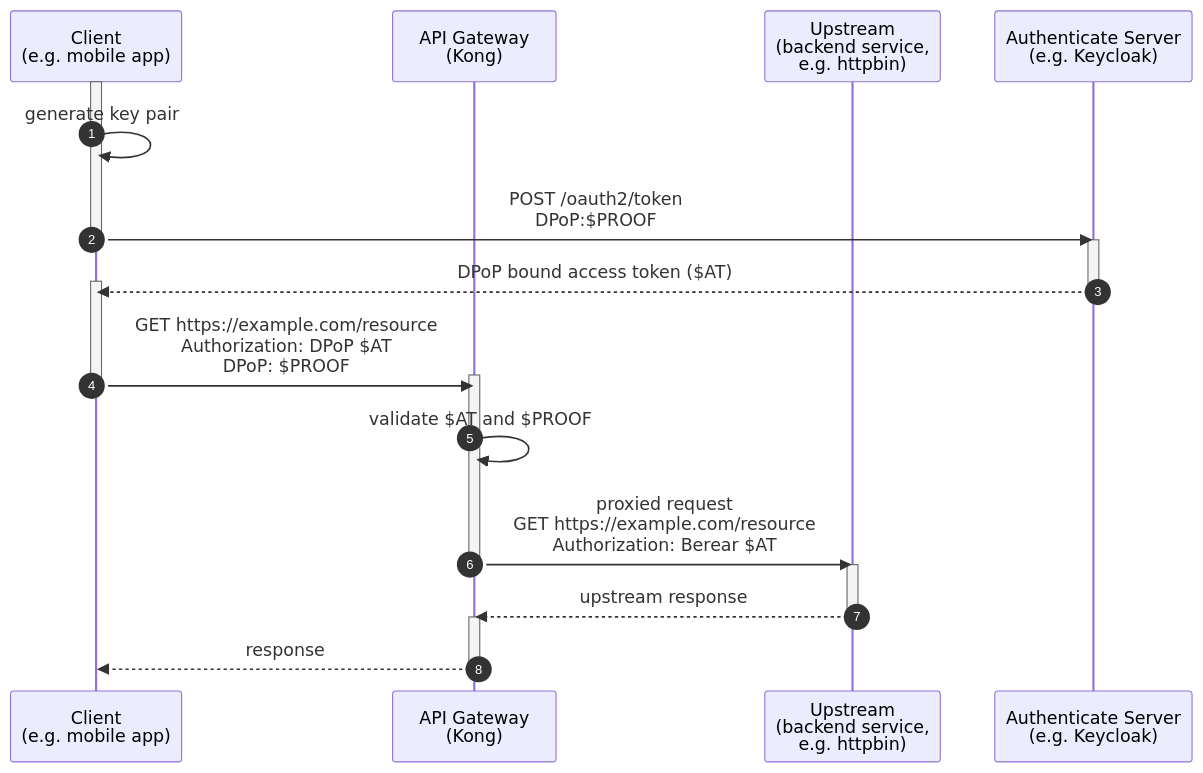
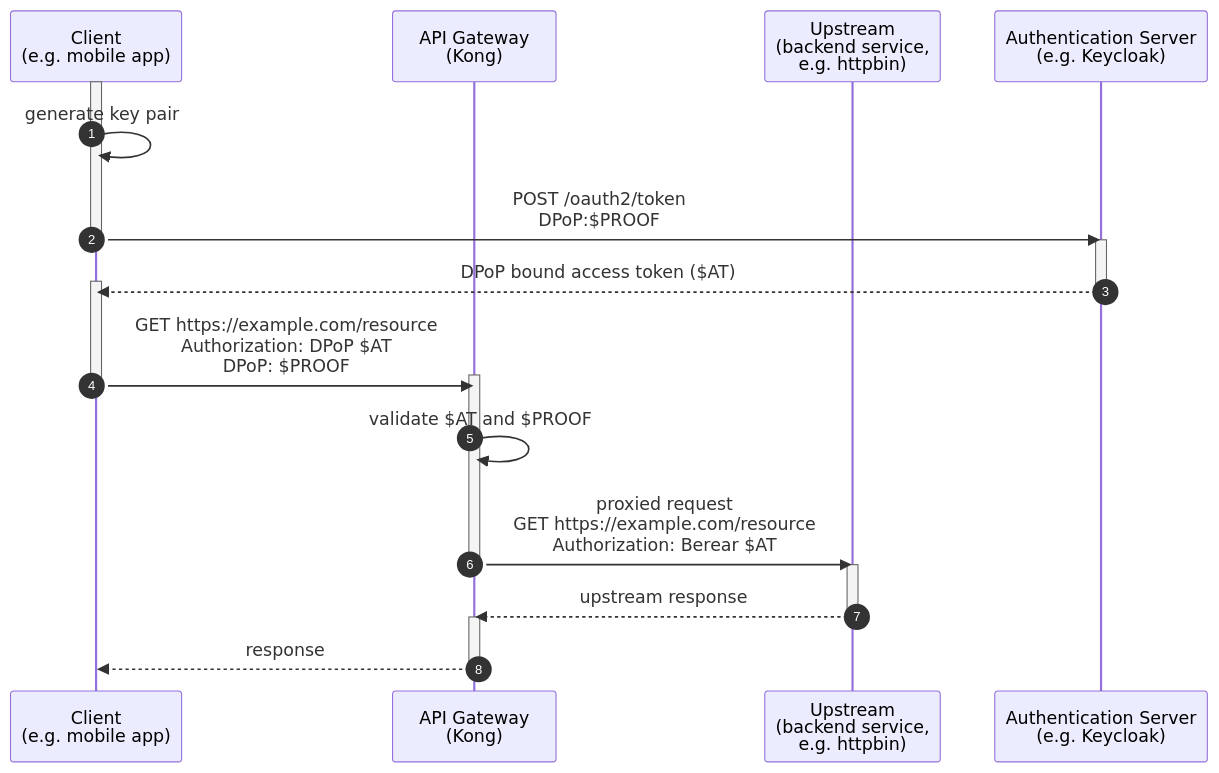
Before and after one commit to Kong/docs.konghq.com: the diagram in app/_hub/kong-inc/openid-connect/how-to/_demonstrating-proof-of-possession.md, drawn with Mermaid.

```diff
--- a/app/_hub/kong-inc/openid-connect/how-to/_demonstrating-proof-of-possession.md
+++ b/app/_hub/kong-inc/openid-connect/how-to/_demonstrating-proof-of-possession.md
@@ -14,28 +14,28 @@
 {% mermaid %}
 sequenceDiagram
     autonumber
     participant client as Client <br>(e.g. mobile app)
     participant kong as API Gateway <br>(Kong)
     participant upstream as Upstream <br>(backend service,<br> e.g. httpbin)
-    participant idp as Authenticate Server <br>(e.g. Keycloak)
+    participant idp as Authentication Server <br>(e.g. Keycloak)
     activate client
     client->>client: generate key pair
     client->>idp: POST /oauth2/token<br>DPoP:$PROOF
     deactivate client
     activate idp
     idp-->>client: DPoP bound access token ($AT)
     activate client
     deactivate idp
     client->>kong: GET https://example.com/resource<br>Authorization: DPoP $AT<br>DPoP: $PROOF
     activate kong
     deactivate client
     kong->>kong: validate $AT and $PROOF
     kong->>upstream: proxied request <br> GET https://example.com/resource<br>Authorization: Berear $AT
     deactivate kong
     activate upstream
     upstream-->>kong: upstream response
     deactivate upstream
     activate kong
     kong-->>client: response
     deactivate kong
 {% endmermaid %}
```
